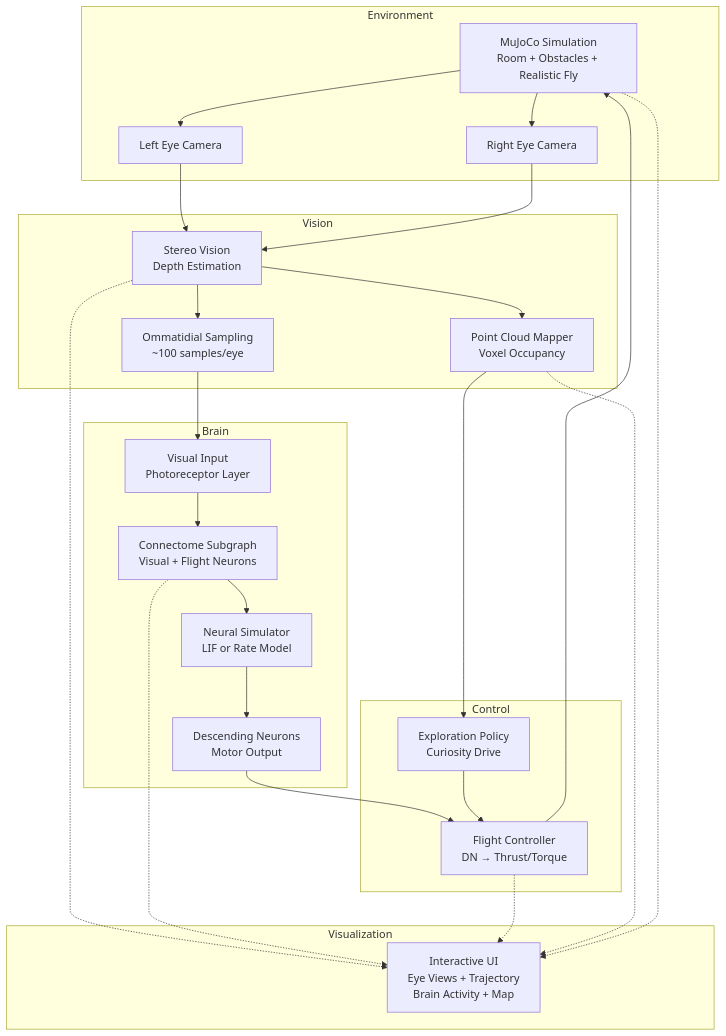
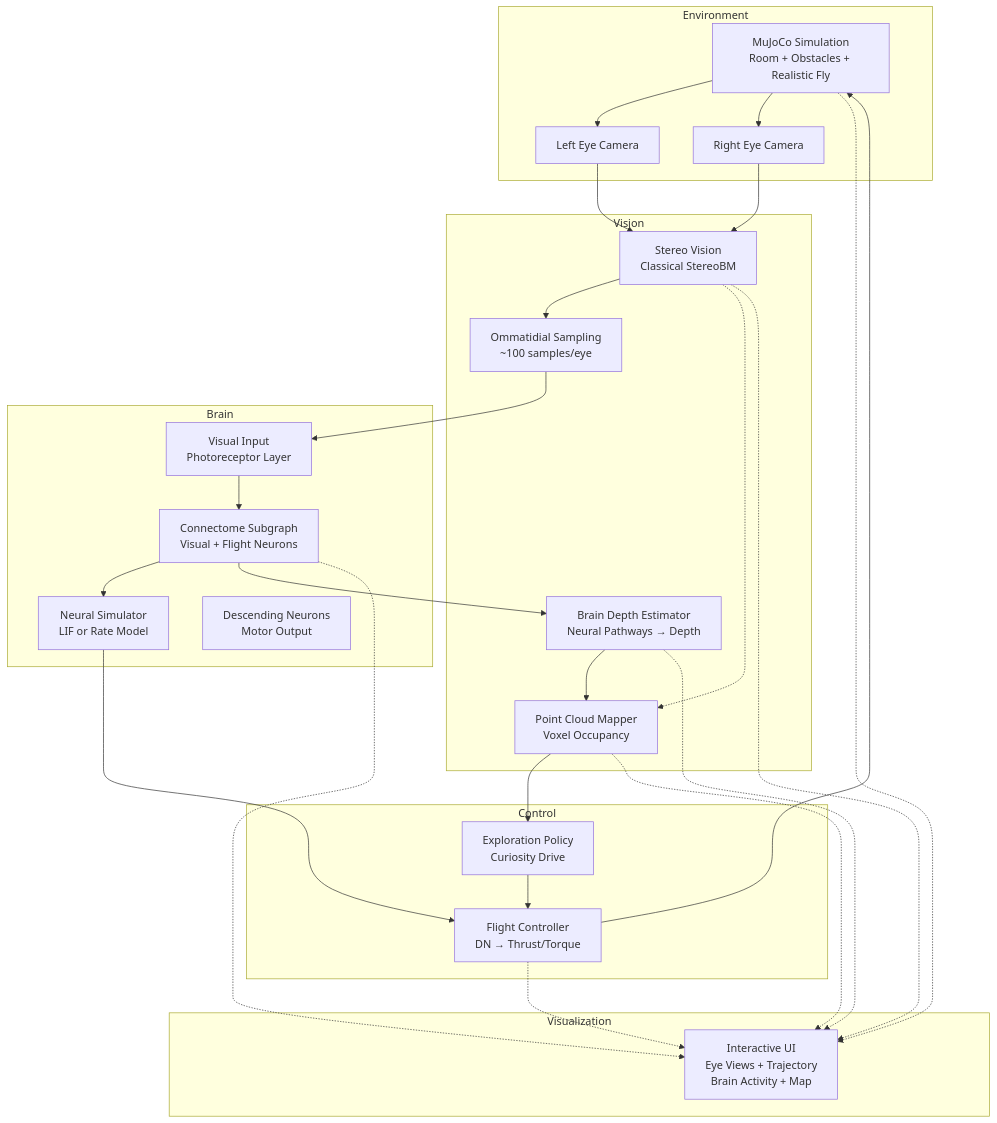
Before and after one commit to liudicsu/3dfly: the diagram in README.md, drawn with Mermaid. The commit also changed other lines of this file and 6 other files, not shown here.

First line of the commit message:
Add brain-based depth estimation for primary 3D reconstruction

````diff
--- a/README.md
+++ b/README.md
@@ -37,51 +39,54 @@
 ```mermaid
 graph TB
     subgraph Environment
         A[MuJoCo Simulation<br/>Room + Obstacles + Realistic Fly]
         B[Left Eye Camera]
         C[Right Eye Camera]
     end
     
     subgraph Vision
-        D[Stereo Vision<br/>Depth Estimation]
+        D[Stereo Vision<br/>Classical StereoBM]
         E[Ommatidial Sampling<br/>~100 samples/eye]
-        F[Point Cloud Mapper<br/>Voxel Occupancy]
+        F[Brain Depth Estimator<br/>Neural Pathways → Depth]
+        G[Point Cloud Mapper<br/>Voxel Occupancy]
     end
     
     subgraph Brain
-        G[Visual Input<br/>Photoreceptor Layer]
-        H[Connectome Subgraph<br/>Visual + Flight Neurons]
-        I[Neural Simulator<br/>LIF or Rate Model]
-        J[Descending Neurons<br/>Motor Output]
+        H[Visual Input<br/>Photoreceptor Layer]
+        I[Connectome Subgraph<br/>Visual + Flight Neurons]
+        J[Neural Simulator<br/>LIF or Rate Model]
+        K[Descending Neurons<br/>Motor Output]
     end
     
     subgraph Control
-        K[Flight Controller<br/>DN → Thrust/Torque]
-        L[Exploration Policy<br/>Curiosity Drive]
+        L[Flight Controller<br/>DN → Thrust/Torque]
+        M[Exploration Policy<br/>Curiosity Drive]
     end
     
     subgraph Visualization
-        M[Interactive UI<br/>Eye Views + Trajectory<br/>Brain Activity + Map]
+        N[Interactive UI<br/>Eye Views + Trajectory<br/>Brain Activity + Map]
     end
     
     B --> D
     C --> D
     D --> E
-    D --> F
-    E --> G
-    G --> H
+    E --> H
     H --> I
     I --> J
-    J --> K
-    F --> L
-    L --> K
-    K --> A
+    I --> F
+    F --> G
+    D -.-> G
+    J --> L
+    G --> M
+    M --> L
+    L --> A
     A --> B
     A --> C
     
-    D -.-> M
-    H -.-> M
-    K -.-> M
-    F -.-> M
-    A -.-> M
+    D -.-> N
+    F -.-> N
+    I -.-> N
+    L -.-> N
+    G -.-> N
+    A -.-> N
 ```
````
